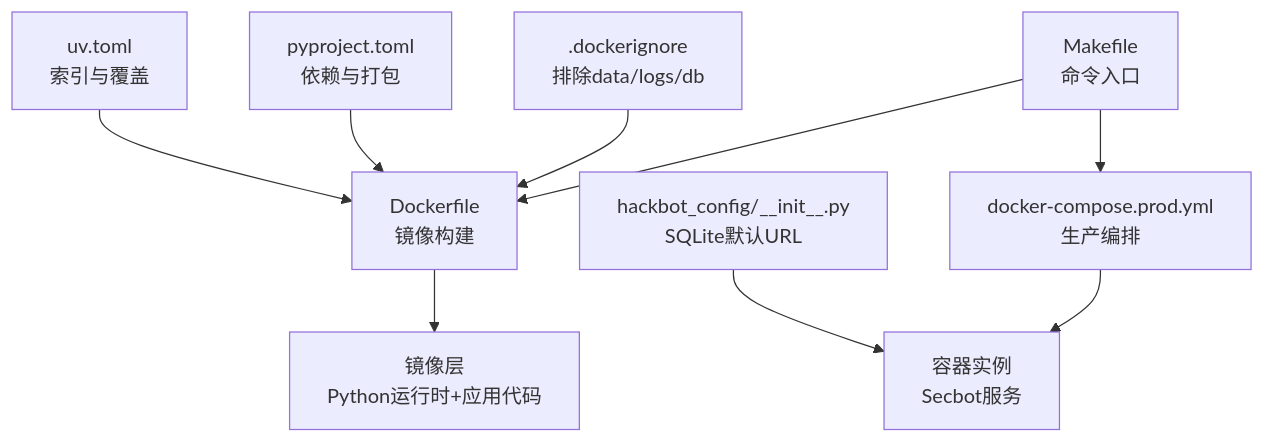
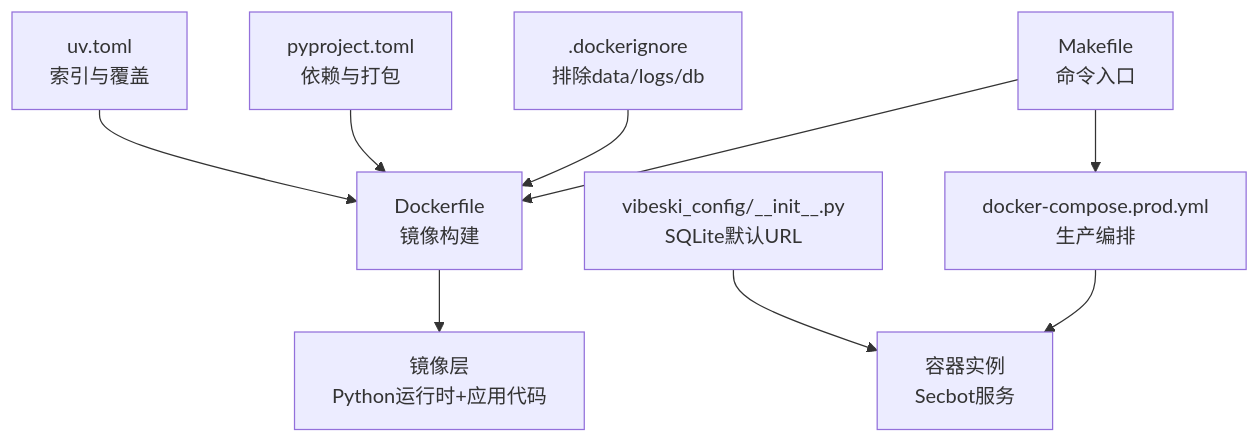
Before and after one commit to crabin/VIBESKI: the first of 7 diagrams in .qoder/repowiki/zh/content/部署与运维/Docker容器化部署.md, drawn with Mermaid. The commit also changed other lines of this file and 170 other files, not shown here.

Commit message:
chore: rename all secbot/hackbot identifiers to vibeski

````diff
--- a/.qoder/repowiki/zh/content/部署与运维/Docker容器化部署.md
+++ b/.qoder/repowiki/zh/content/部署与运维/Docker容器化部署.md
@@ -47,11 +47,11 @@
 ```mermaid
 graph TB
 A["Makefile<br/>命令入口"] --> B["Dockerfile<br/>镜像构建"]
 A --> C["docker-compose.prod.yml<br/>生产编排"]
 B --> D["镜像层<br/>Python运行时+应用代码"]
 C --> E["容器实例<br/>Secbot服务"]
 F[".dockerignore<br/>排除data/logs/db"] --> B
 G["pyproject.toml<br/>依赖与打包"] --> B
 H["uv.toml<br/>索引与覆盖"] --> B
-I["hackbot_config/__init__.py<br/>SQLite默认URL"] --> E
+I["vibeski_config/__init__.py<br/>SQLite默认URL"] --> E
 ```
````
